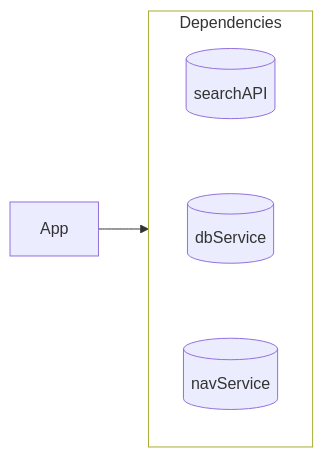
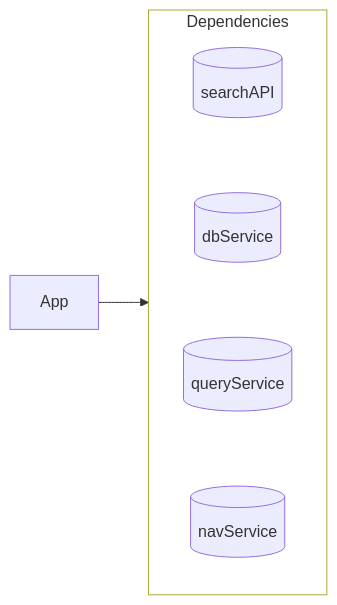
One commit to sisoje/hypermodular changed the second of 3 diagrams in README.md. Above: the diagram before and after it, drawn with Mermaid. The commit also changed other lines of this file and 26 other files, not shown here.

````diff
--- a/README.md
+++ b/README.md
@@ -88,14 +88,15 @@
 ```mermaid
 %% Root: App · Dependencies
 flowchart LR
     subgraph Dependencies
         direction TB
         searchAPI[(searchAPI)]
         dbService[(dbService)]
+        queryService[(queryService)]
         navService[(navService)]
-        searchAPI ~~~ dbService ~~~ navService
+        searchAPI ~~~ dbService ~~~ queryService ~~~ navService
     end
     App --> Dependencies
     classDef deps fill:none
     class Dependencies deps
 ```
````
